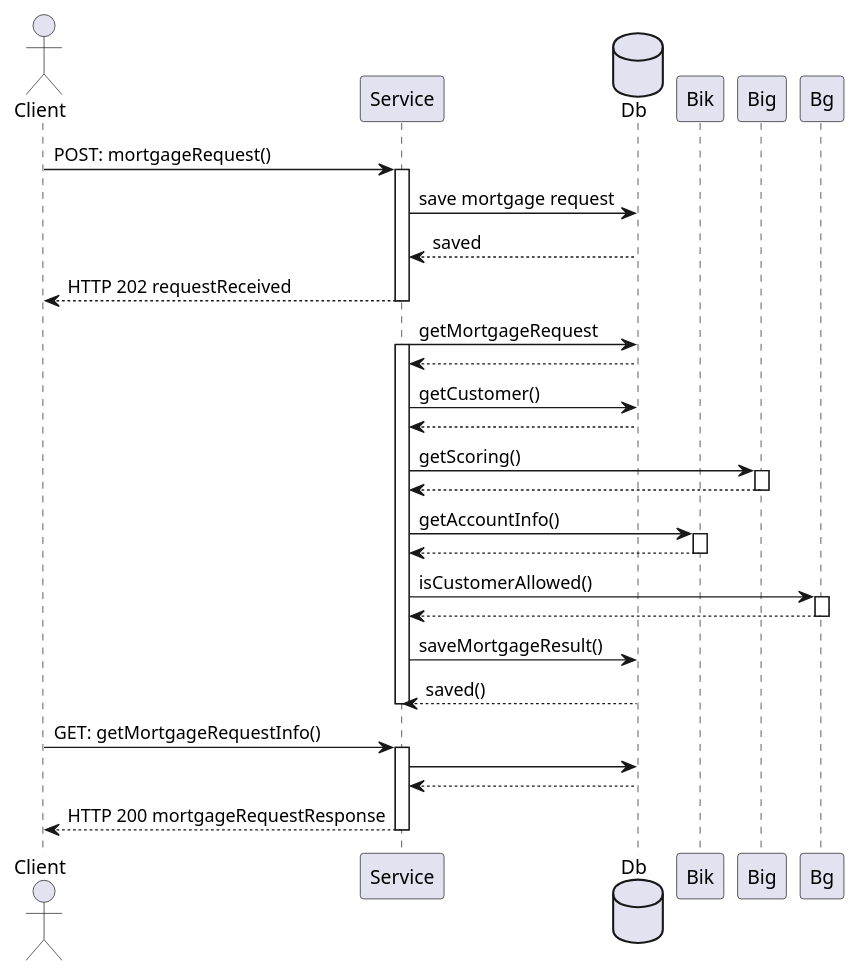
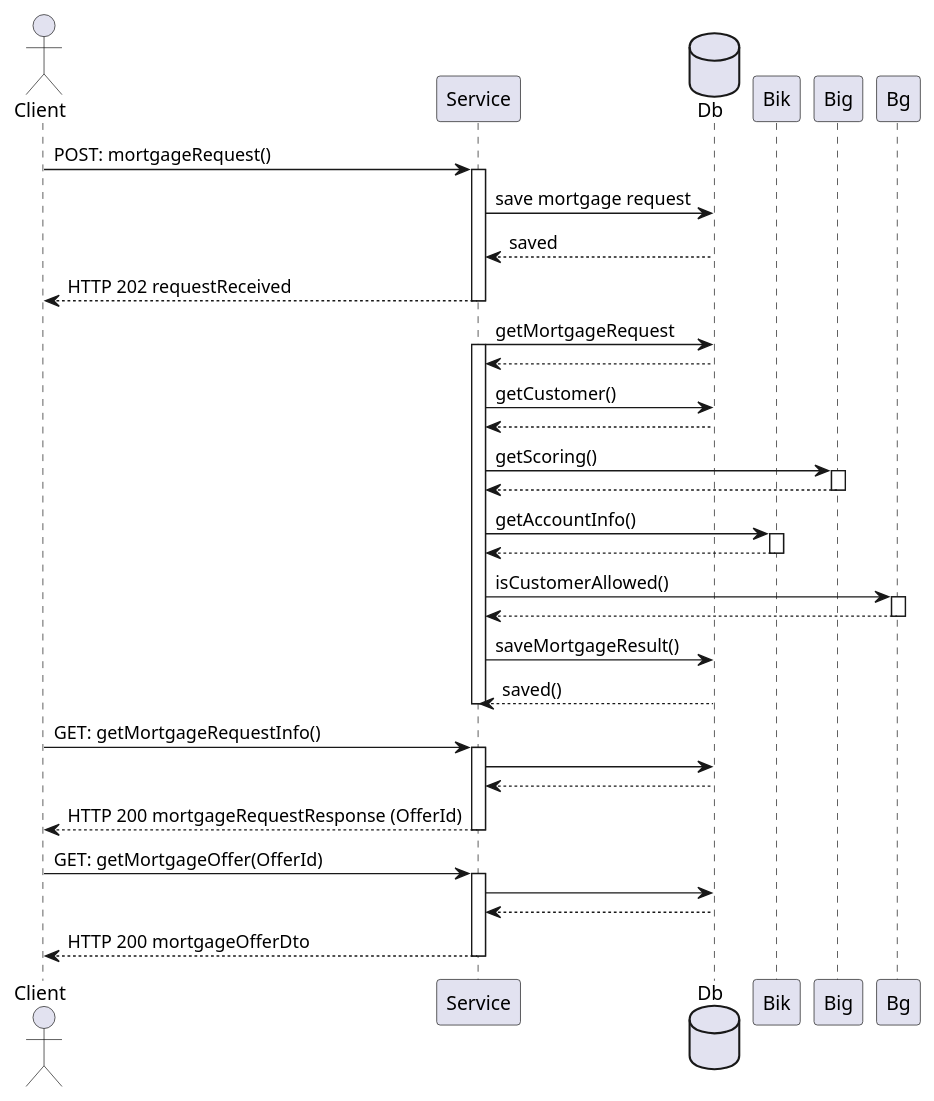
The diagram in docs/Mortgage - request.puml (AkademiaSpecjalistowIT/outBoxPattern), drawn with PlantUML before and after one commit. The commit also changed 7 other files, not shown here.

```diff
--- a/docs/Mortgage - request.puml
+++ b/docs/Mortgage - request.puml
@@ -1,58 +1,63 @@
 @startuml
 'https://plantuml.com/sequence-diagram
 
 actor Client
 participant Service
 database Db
 participant Bik
 participant Big
 participant Bg
 
 Client -> Service: POST: mortgageRequest()
 activate Service
 Service -> Db : save mortgage request
 Db --> Service :saved
 Service --> Client : HTTP 202 requestReceived
 deactivate Service
 
 
 Service -> Db : getMortgageRequest
 
 activate Service
 Db --> Service:
 
 Service -> Db: getCustomer()
 
 Db --> Service:
 
 Service -> Big: getScoring()
 activate Big
 Big --> Service
 deactivate Big
 
 Service -> Bik: getAccountInfo()
 activate Bik
 Bik --> Service
 deactivate Bik
 
 Service -> Bg: isCustomerAllowed()
 activate Bg
 Bg --> Service
 deactivate Bg
 
 Service -> Db : saveMortgageResult()
 Db --> Service: saved()
 
 deactivate Service
 
 Client -> Service: GET: getMortgageRequestInfo()
 activate Service
 Service -> Db :
 Db --> Service :
-Service --> Client : HTTP 200 mortgageRequestResponse
+Service --> Client : HTTP 200 mortgageRequestResponse (OfferId)
+deactivate Service
+
+Client -> Service: GET: getMortgageOffer(OfferId)
+activate Service
+Service -> Db :
+Db --> Service :
+Service --> Client : HTTP 200 mortgageOfferDto
 deactivate Service
 
 
-
-
 @enduml
```
